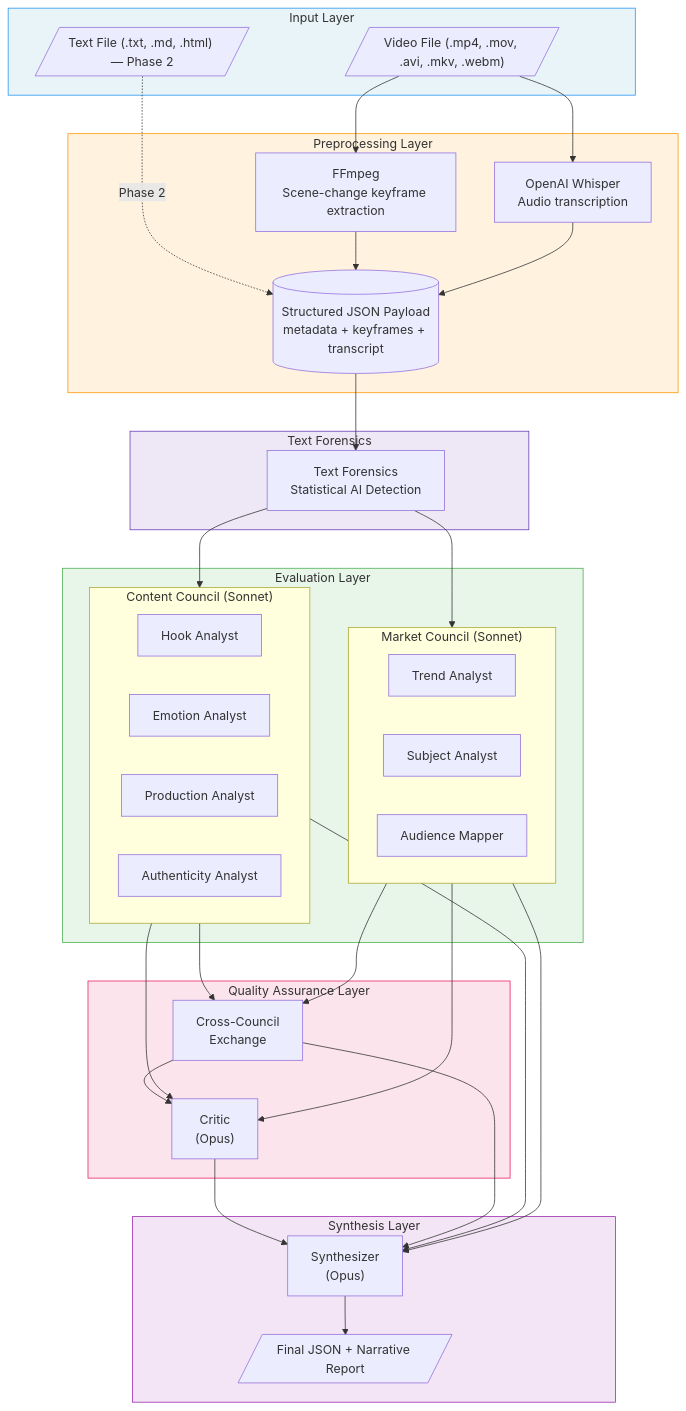
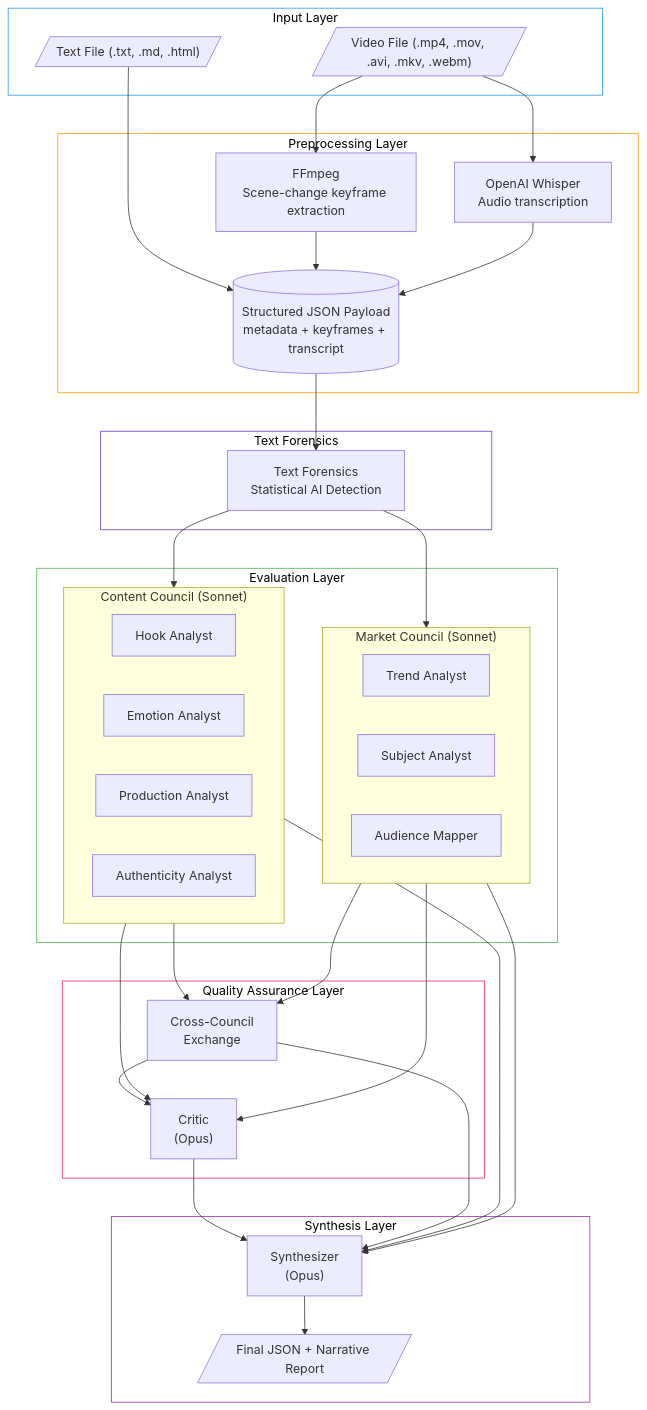
One commit to SacredWizard/themis changed the first of 13 diagrams in design/ARCHITECTURE.md. Above: the diagram before and after it, drawn with Mermaid. The commit also changed other lines of this file, not shown here.

First line of the commit message:
Document background music analysis as Phase 4 in future improvements

````diff
--- a/design/ARCHITECTURE.md
+++ b/design/ARCHITECTURE.md
@@ -39,72 +39,72 @@
 ```mermaid
 flowchart TB
     subgraph Input["Input Layer"]
         V[/"Video File (.mp4, .mov, .avi, .mkv, .webm)"/]
-        T[/"Text File (.txt, .md, .html) — Phase 2"/]
+        T[/"Text File (.txt, .md, .html)"/]
     end
 
     subgraph Preprocess["Preprocessing Layer"]
         FF["FFmpeg<br/>Scene-change keyframe extraction"]
         WH["OpenAI Whisper<br/>Audio transcription"]
         PL[("Structured JSON Payload<br/>metadata + keyframes + transcript")]
     end
 
     subgraph Evaluation["Evaluation Layer"]
         subgraph CC["Content Council (Sonnet)"]
             HA["Hook Analyst"]
             EA["Emotion Analyst"]
             PA["Production Analyst"]
             AA["Authenticity Analyst"]
         end
         subgraph MC["Market Council (Sonnet)"]
             TA["Trend Analyst"]
             SA["Subject Analyst"]
             AM["Audience Mapper"]
         end
     end
 
     subgraph QA["Quality Assurance Layer"]
         XC["Cross-Council<br/>Exchange"]
         CR["Critic<br/>(Opus)"]
     end
 
     subgraph Synthesis["Synthesis Layer"]
         SY["Synthesizer<br/>(Opus)"]
         OUT[/"Final JSON + Narrative Report"/]
     end
 
     subgraph ForensicsLayer["Text Forensics"]
         TF["Text Forensics<br/>Statistical AI Detection"]
     end
 
     V --> FF
     V --> WH
-    T -.->|Phase 2| PL
+    T --> PL
     FF --> PL
     WH --> PL
 
     PL --> TF
     TF --> CC
     TF --> MC
 
     CC --> XC
     MC --> XC
 
     XC --> CR
     CC --> CR
     MC --> CR
 
     CR --> SY
     CC --> SY
     MC --> SY
     XC --> SY
 
     SY --> OUT
 
-    style Input fill:#e8f4f8,stroke:#2196F3
-    style Preprocess fill:#fff3e0,stroke:#FF9800
-    style Evaluation fill:#e8f5e9,stroke:#4CAF50
-    style QA fill:#fce4ec,stroke:#E91E63
-    style ForensicsLayer fill:#ede7f6,stroke:#673AB7
-    style Synthesis fill:#f3e5f5,stroke:#9C27B0
+    style Input fill:transparent,stroke:#2196F3,color:#000
+    style Preprocess fill:transparent,stroke:#FF9800,color:#000
+    style Evaluation fill:transparent,stroke:#4CAF50,color:#000
+    style QA fill:transparent,stroke:#E91E63,color:#000
+    style ForensicsLayer fill:transparent,stroke:#673AB7,color:#000
+    style Synthesis fill:transparent,stroke:#9C27B0,color:#000
 ```
````
